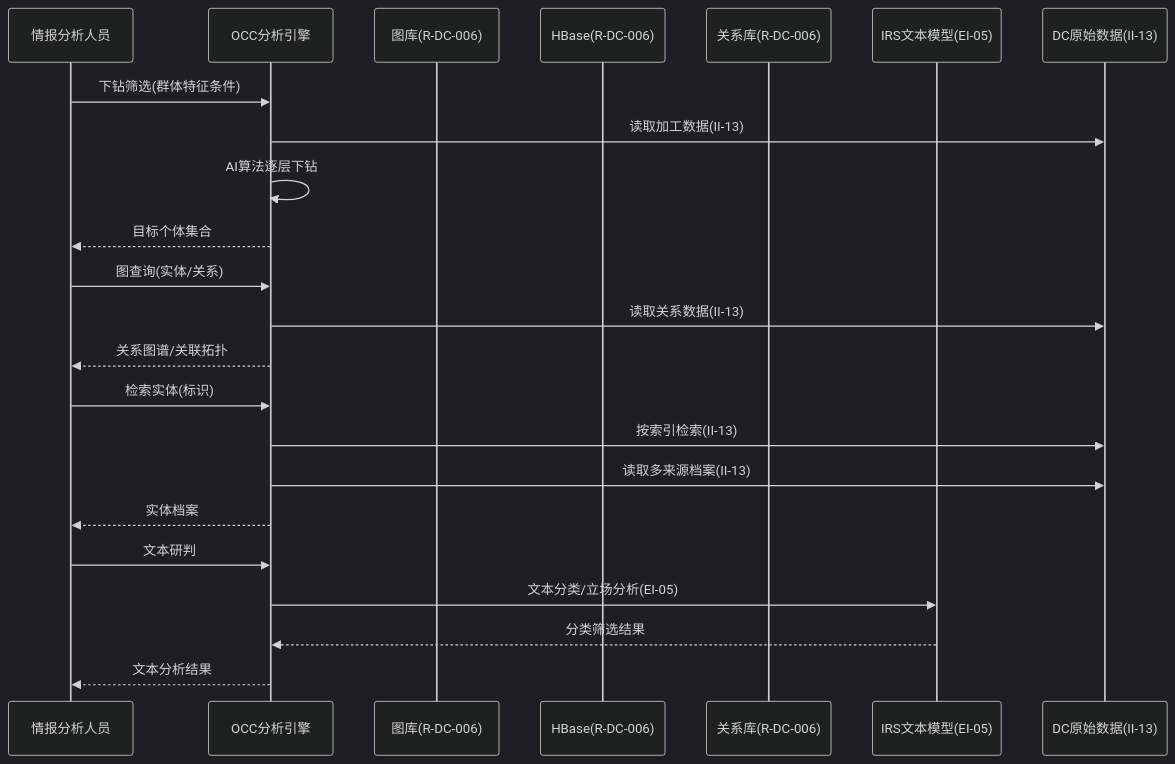
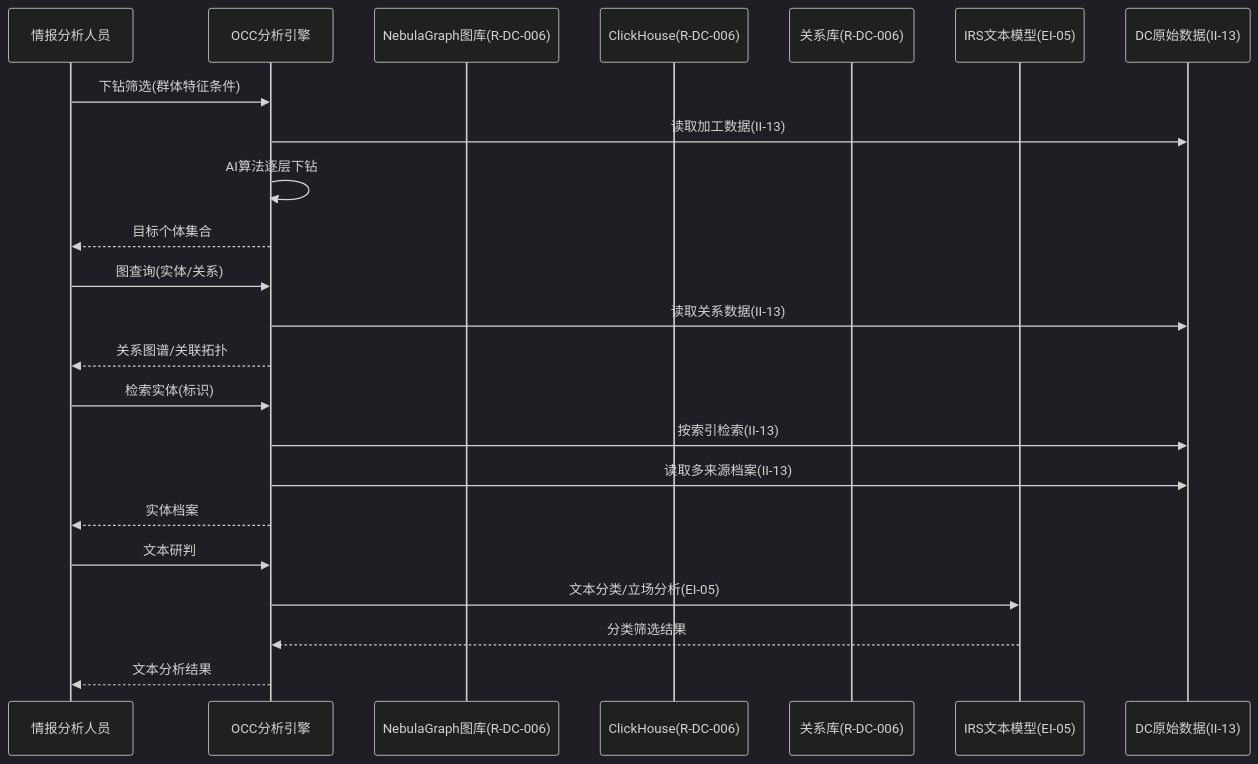
One commit to Sj-g/obsidian changed diagram 42 of 50 in 公司项目/认知作战/文档/软件需求规格说明.md. Above: the diagram before and after it, drawn with Mermaid (dark theme). The commit also changed other lines of this file and 1 other file, not shown here.

````diff
--- a/公司项目/认知作战/文档/软件需求规格说明.md
+++ b/公司项目/认知作战/文档/软件需求规格说明.md
@@ -3008,25 +3010,25 @@
 ```mermaid
 sequenceDiagram
   participant 分析员 as 情报分析人员
   participant OCC分析 as OCC分析引擎
-  participant GB as 图库(R-DC-006)
-  participant HB as HBase(R-DC-006)
+  participant GB as NebulaGraph图库(R-DC-006)
+  participant HB as ClickHouse(R-DC-006)
   participant RL as 关系库(R-DC-006)
   participant IRS as IRS文本模型(EI-05)
   participant DC as DC原始数据(II-13)
   分析员->>OCC分析: 下钻筛选(群体特征条件)
   OCC分析->>DC: 读取加工数据(II-13)
   OCC分析->>OCC分析: AI算法逐层下钻
   OCC分析-->>分析员: 目标个体集合
   分析员->>OCC分析: 图查询(实体/关系)
   OCC分析->>DC: 读取关系数据(II-13)
   OCC分析-->>分析员: 关系图谱/关联拓扑
   分析员->>OCC分析: 检索实体(标识)
   OCC分析->>DC: 按索引检索(II-13)
   OCC分析->>DC: 读取多来源档案(II-13)
   OCC分析-->>分析员: 实体档案
   分析员->>OCC分析: 文本研判
   OCC分析->>IRS: 文本分类/立场分析(EI-05)
   IRS-->>OCC分析: 分类筛选结果
   OCC分析-->>分析员: 文本分析结果
 ```
````
